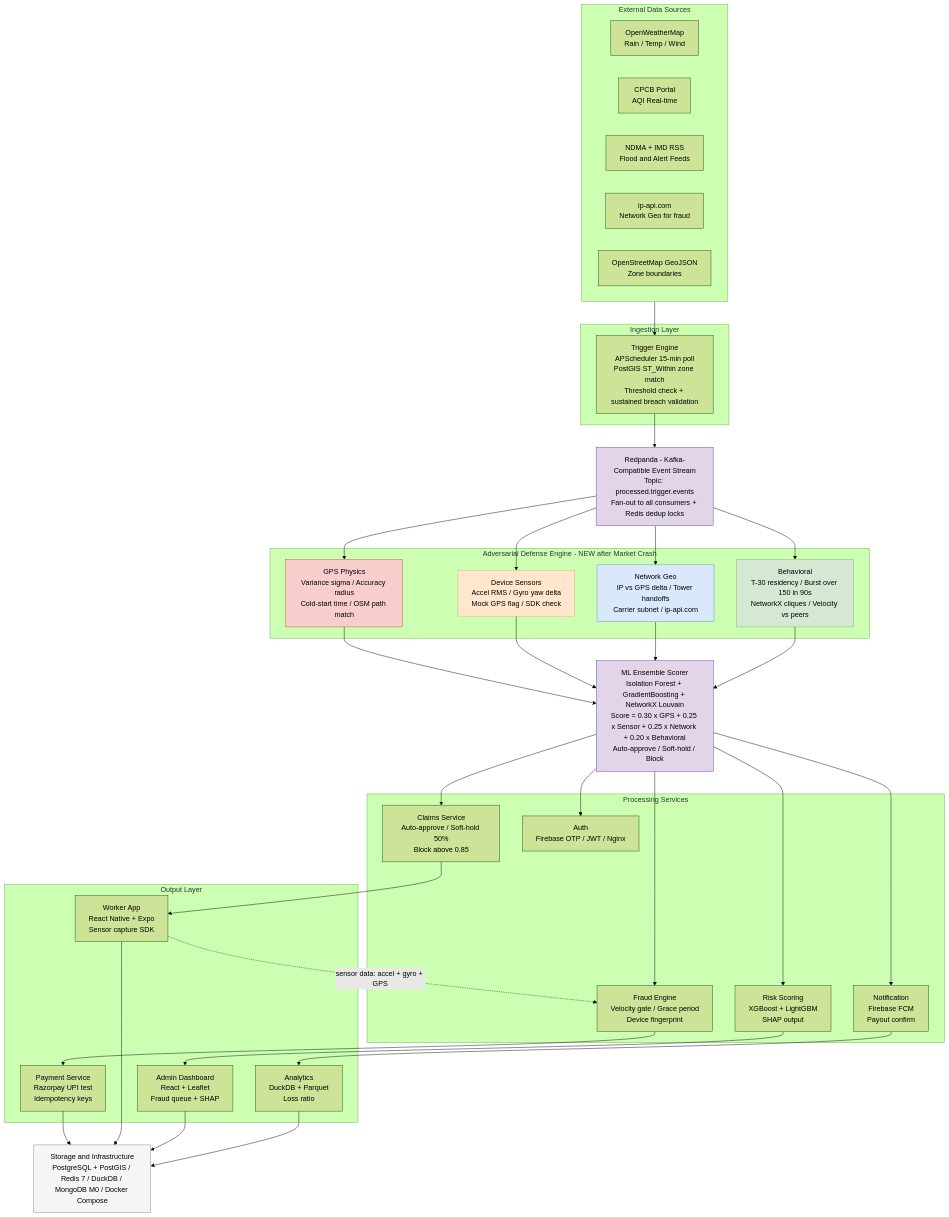
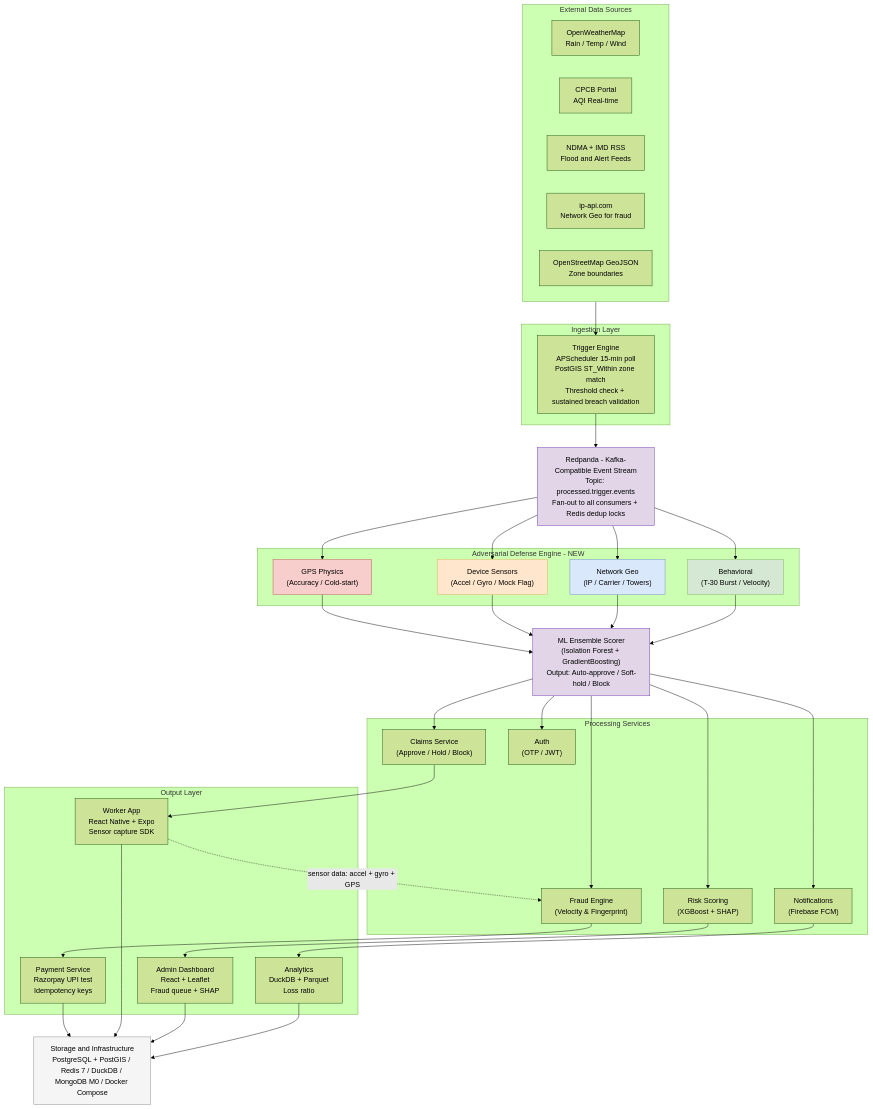
One commit to Dhruvvv-26/GigShield-Parametric-Income-Protection changed the second of 2 diagrams in README.md. Above: the diagram before and after it, drawn with Mermaid (forest theme).

Commit message:
Improve Mermaid diagram readability and move legend

````diff
--- a/README.md
+++ b/README.md
@@ -412,82 +419,82 @@
 ```mermaid
 flowchart TD
     subgraph EXT [External Data Sources]
         OWM["OpenWeatherMap\nRain / Temp / Wind"]
         CPCB["CPCB Portal\nAQI Real-time"]
         NDMA["NDMA + IMD RSS\nFlood and Alert Feeds"]
         IPAPI["ip-api.com\nNetwork Geo for fraud"]
         OSM["OpenStreetMap GeoJSON\nZone boundaries"]
     end
 
     subgraph ING [Ingestion Layer]
         TRIGGER["Trigger Engine\nAPScheduler 15-min poll\nPostGIS ST_Within zone match\nThreshold check + sustained breach validation"]
     end
 
     EXT --> TRIGGER
 
     REDPANDA["Redpanda - Kafka-Compatible Event Stream\nTopic: processed.trigger.events\nFan-out to all consumers + Redis dedup locks"]
 
     TRIGGER --> REDPANDA
 
-    subgraph DEFENSE [Adversarial Defense Engine - NEW after Market Crash]
-        GPS["GPS Physics\nVariance sigma / Accuracy radius\nCold-start time / OSM path match"]
-        SENSOR["Device Sensors\nAccel RMS / Gyro yaw delta\nMock GPS flag / SDK check"]
-        NETGEO["Network Geo\nIP vs GPS delta / Tower handoffs\nCarrier subnet / ip-api.com"]
-        BEHAV["Behavioral\nT-30 residency / Burst over 150 in 90s\nNetworkX cliques / Velocity vs peers"]
+    subgraph DEFENSE [Adversarial Defense Engine - NEW]
+        GPS["GPS Physics\n(Accuracy / Cold-start)"]
+        SENSOR["Device Sensors\n(Accel / Gyro / Mock Flag)"]
+        NETGEO["Network Geo\n(IP / Carrier / Towers)"]
+        BEHAV["Behavioral\n(T-30 Burst / Velocity)"]
     end
 
     REDPANDA --> GPS
     REDPANDA --> SENSOR
     REDPANDA --> NETGEO
     REDPANDA --> BEHAV
 
-    MLSCORER["ML Ensemble Scorer\nIsolation Forest + GradientBoosting + NetworkX Louvain\nScore = 0.30 x GPS + 0.25 x Sensor + 0.25 x Network + 0.20 x Behavioral\nAuto-approve / Soft-hold / Block"]
+    MLSCORER["ML Ensemble Scorer\n(Isolation Forest + GradientBoosting)\nOutput: Auto-approve / Soft-hold / Block"]
 
     GPS --> MLSCORER
     SENSOR --> MLSCORER
     NETGEO --> MLSCORER
     BEHAV --> MLSCORER
 
     subgraph PROC [Processing Services]
-        FRAUDENG["Fraud Engine\nVelocity gate / Grace period\nDevice fingerprint"]
-        CLAIMS["Claims Service\nAuto-approve / Soft-hold 50%\nBlock above 0.85"]
-        RISK["Risk Scoring\nXGBoost + LightGBM\nSHAP output"]
-        NOTIF["Notification\nFirebase FCM\nPayout confirm"]
-        AUTH["Auth\nFirebase OTP / JWT / Nginx"]
+        FRAUDENG["Fraud Engine\n(Velocity & Fingerprint)"]
+        CLAIMS["Claims Service\n(Approve / Hold / Block)"]
+        RISK["Risk Scoring\n(XGBoost + SHAP)"]
+        NOTIF["Notifications\n(Firebase FCM)"]
+        AUTH["Auth\n(OTP / JWT)"]
     end
 
     MLSCORER --> FRAUDENG
     MLSCORER --> CLAIMS
     MLSCORER --> RISK
     MLSCORER --> NOTIF
     MLSCORER --> AUTH
 
     subgraph OUTPUT [Output Layer]
         PAYMENT["Payment Service\nRazorpay UPI test\nIdempotency keys"]
         WORKERAPP["Worker App\nReact Native + Expo\nSensor capture SDK"]
         ADMINDASH["Admin Dashboard\nReact + Leaflet\nFraud queue + SHAP"]
         ANALYTICS["Analytics\nDuckDB + Parquet\nLoss ratio"]
     end
 
     FRAUDENG --> PAYMENT
     CLAIMS --> WORKERAPP
     RISK --> ADMINDASH
     NOTIF --> ANALYTICS
 
     WORKERAPP -. "sensor data: accel + gyro + GPS" .-> FRAUDENG
 
     STORAGE["Storage and Infrastructure\nPostgreSQL + PostGIS / Redis 7 / DuckDB / MongoDB M0 / Docker Compose"]
 
     PAYMENT --> STORAGE
     WORKERAPP --> STORAGE
     ADMINDASH --> STORAGE
     ANALYTICS --> STORAGE
 
     style REDPANDA fill:#e1d5e7,stroke:#6d3ab5,color:#000000
     style MLSCORER fill:#e1d5e7,stroke:#6d3ab5,color:#000000
     style GPS fill:#f8cecc,stroke:#b85450,color:#000000
     style SENSOR fill:#ffe6cc,stroke:#d6b656,color:#000000
     style NETGEO fill:#dae8fc,stroke:#6c8ebf,color:#000000
     style BEHAV fill:#d5e8d4,stroke:#82b366,color:#000000
     style STORAGE fill:#f5f5f5,stroke:#888780,color:#000000
 ```
````
